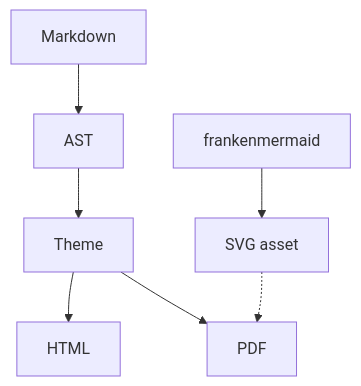
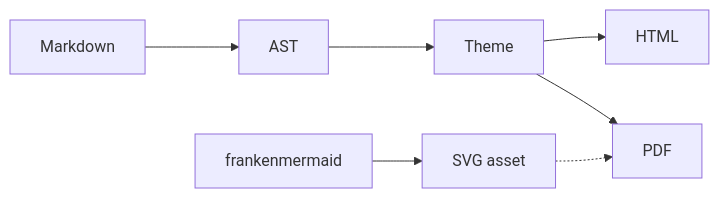
One commit to Dicklesworthstone/franken_markdown changed the diagram in examples/showcase.md. Above: the diagram before and after it, drawn with Mermaid. The commit also changed 4 other files, not shown here.

First line of the commit message:
docs(showcase): fit frankenmermaid diagram to PDF page

````diff
--- a/examples/showcase.md
+++ b/examples/showcase.md
@@ -78,9 +78,9 @@
 ```mermaid
-flowchart TD
+flowchart LR
     A[Markdown] --> B[AST]
     B --> C[Theme]
     C --> D[HTML]
     C --> E[PDF]
     F[frankenmermaid] --> G[SVG asset]
     G -.-> E
 ```
````
